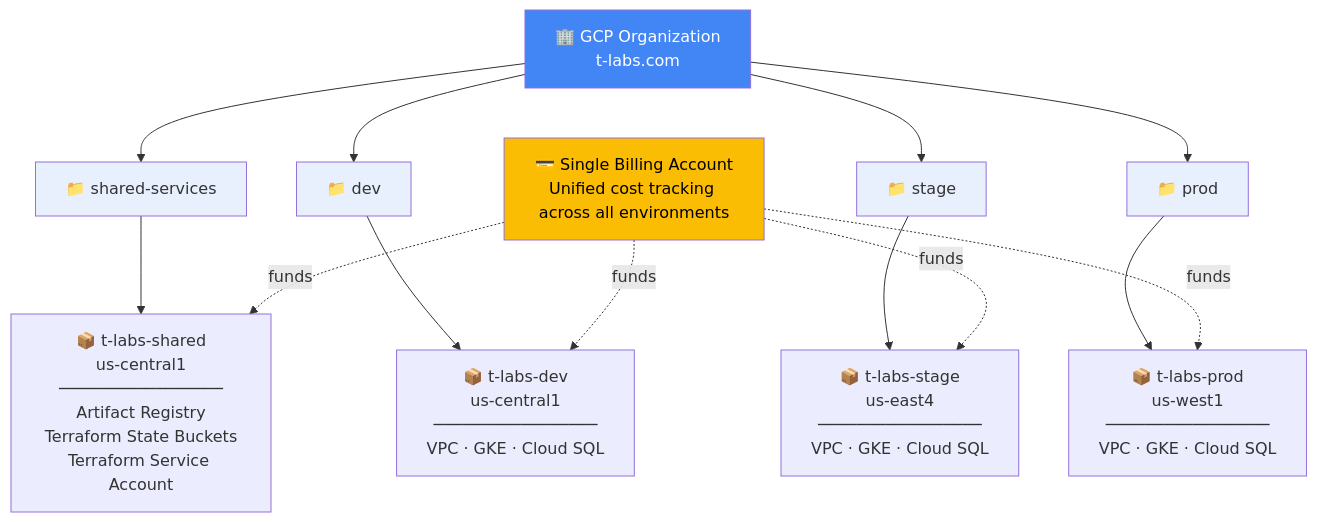
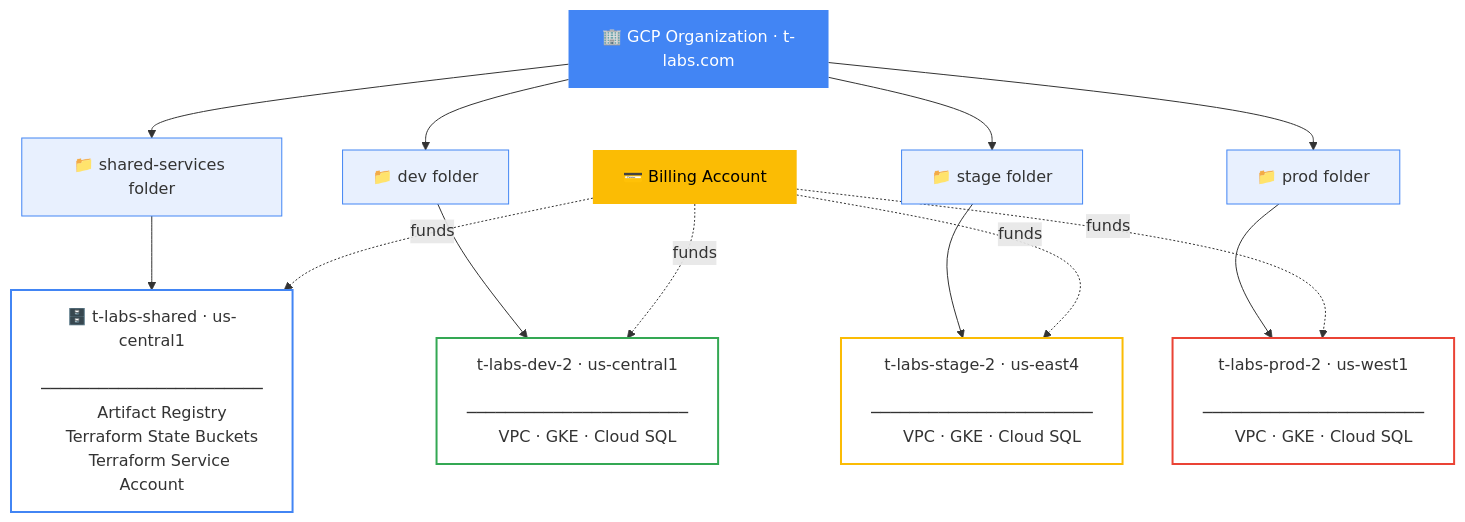
The first of 4 diagrams in README.md (arpeetk/t-labs), drawn with Mermaid before and after one commit. The commit also changed other lines of this file, not shown here.

First line of the commit message:
Update README: reflect current architecture, add tld CLI docs

````diff
--- a/README.md
+++ b/README.md
@@ -11,28 +11,41 @@
 ```mermaid
 graph TD
-    ORG["🏢 GCP Organization<br/>t-labs.com"]
-    BA["💳 Single Billing Account<br/>Unified cost tracking across all environments"]
+    ORG["🏢 GCP Organization · t-labs.com"]
+    BA["💳 Billing Account"]
 
-    ORG --> FS["📁 shared-services"]
-    ORG --> FD["📁 dev"]
-    ORG --> FST["📁 stage"]
-    ORG --> FP["📁 prod"]
+    ORG --> FS["📁 shared-services folder"]
+    ORG --> FD["📁 dev folder"]
+    ORG --> FST["📁 stage folder"]
+    ORG --> FP["📁 prod folder"]
 
-    FS --> PM["📦 t-labs-shared<br/>us-central1<br/>─────────────────<br/>Artifact Registry<br/>Terraform State Buckets<br/>Terraform Service Account"]
+    FS --> PM["🗄️ t-labs-shared · us-central1
+    ───────────────────────
+    Artifact Registry
+    Terraform State Buckets
+    Terraform Service Account"]
 
-    FD --> PD["📦 t-labs-dev<br/>us-central1<br/>─────────────────<br/>VPC · GKE · Cloud SQL"]
-    FST --> PST["📦 t-labs-stage<br/>us-east4<br/>─────────────────<br/>VPC · GKE · Cloud SQL"]
-    FP --> PP["📦 t-labs-prod<br/>us-west1<br/>─────────────────<br/>VPC · GKE · Cloud SQL"]
+    FD  --> PD["t-labs-dev-2 · us-central1
+    ───────────────────────
+    VPC · GKE · Cloud SQL"]
 
-    BA -.->|funds| PM
-    BA -.->|funds| PD
-    BA -.->|funds| PST
-    BA -.->|funds| PP
+    FST --> PST["t-labs-stage-2 · us-east4
+    ───────────────────────
+    VPC · GKE · Cloud SQL"]
 
-    style ORG fill:#4285F4,color:#fff
-    style BA fill:#fbbc04,color:#000
-    style FS fill:#e8f0fe
-    style FD fill:#e8f0fe
-    style FST fill:#e8f0fe
-    style FP fill:#e8f0fe
+    FP  --> PP["t-labs-prod-2 · us-west1
+    ───────────────────────
+    VPC · GKE · Cloud SQL"]
+
+    BA -.->|"funds"| PM & PD & PST & PP
+
+    style ORG  fill:#4285F4,color:#fff,stroke:none
+    style BA   fill:#fbbc04,color:#000,stroke:none
+    style FS   fill:#e8f0fe,stroke:#4285F4
+    style FD   fill:#e8f0fe,stroke:#4285F4
+    style FST  fill:#e8f0fe,stroke:#4285F4
+    style FP   fill:#e8f0fe,stroke:#4285F4
+    style PM   fill:#ffffff,stroke:#4285F4,stroke-width:2px
+    style PD   fill:#ffffff,stroke:#34a853,stroke-width:2px
+    style PST  fill:#ffffff,stroke:#fbbc04,stroke-width:2px
+    style PP   fill:#ffffff,stroke:#ea4335,stroke-width:2px
 ```
````
